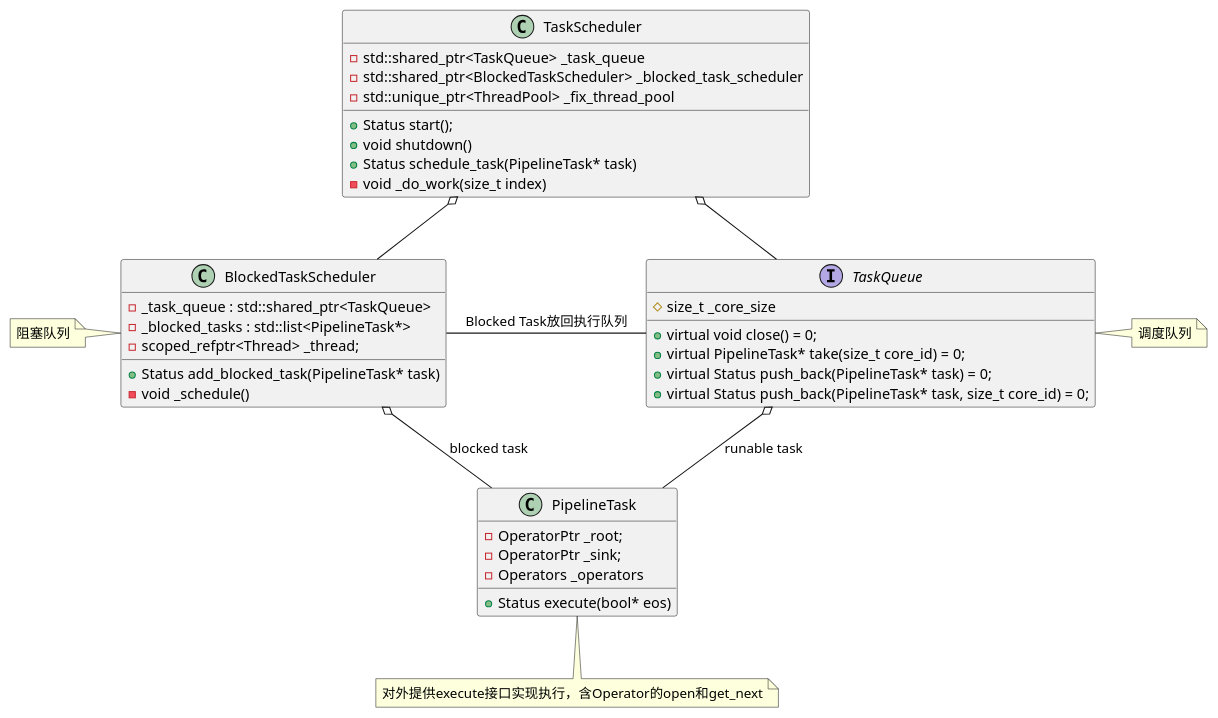
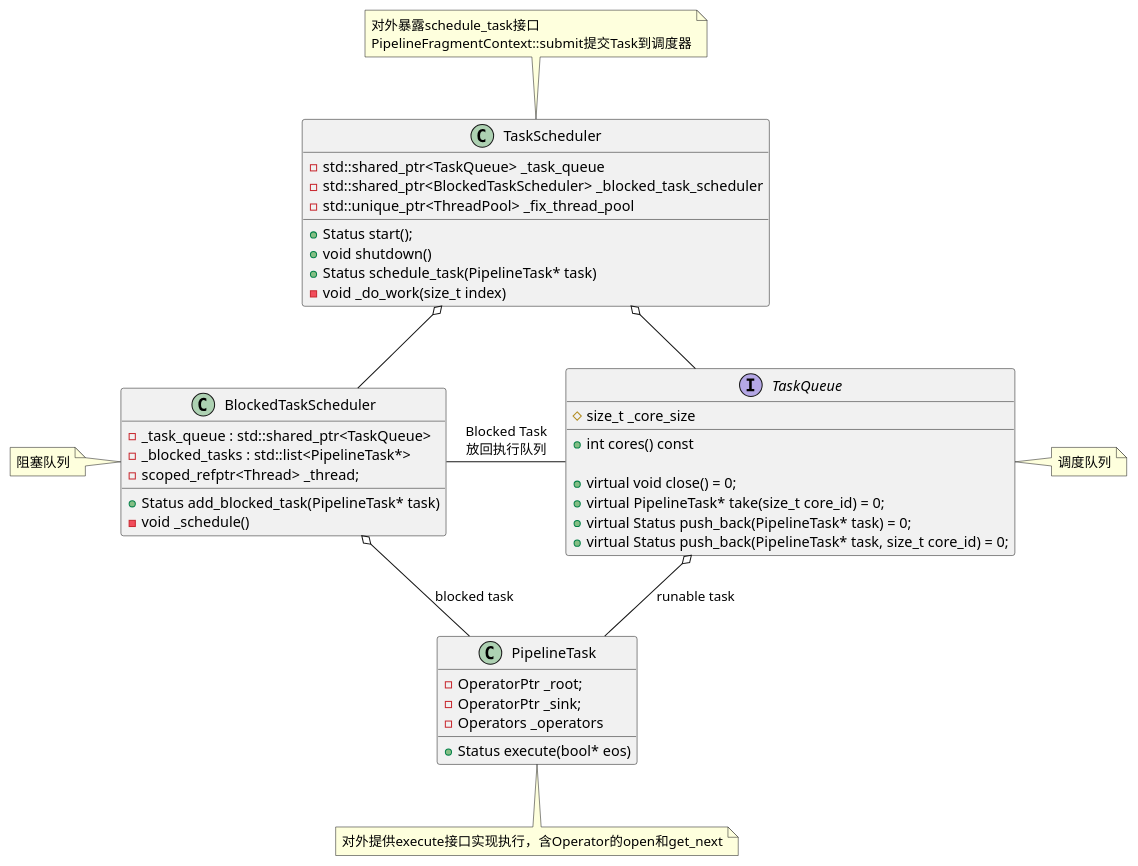
Before and after one commit to DepInjoy/geektime: the first of 11 diagrams in doc/DB/Doris/SourceRead/11_03_Exec_Pipeline_TaskSchedule.md, drawn with PlantUML. The commit also changed other lines of this file, not shown here.

Commit message:
Doris Pipeline

````diff
--- a/doc/DB/Doris/SourceRead/11_03_Exec_Pipeline_TaskSchedule.md
+++ b/doc/DB/Doris/SourceRead/11_03_Exec_Pipeline_TaskSchedule.md
@@ -39,49 +40,51 @@
 ```plantuml
 @startuml
 class TaskScheduler {
  - std::shared_ptr<TaskQueue> _task_queue
  - std::shared_ptr<BlockedTaskScheduler> _blocked_task_scheduler
  - std::unique_ptr<ThreadPool> _fix_thread_pool
 
  + Status start();
  + void shutdown()
  + Status schedule_task(PipelineTask* task)
  - void _do_work(size_t index)
 }
-
+note top : 对外暴露schedule_task接口\nPipelineFragmentContext::submit提交Task到调度器
 
 interface TaskQueue {
     # size_t _core_size
+
+    + int cores() const
 
     + virtual void close() = 0;
     + virtual PipelineTask* take(size_t core_id) = 0;
     + virtual Status push_back(PipelineTask* task) = 0;
     + virtual Status push_back(PipelineTask* task, size_t core_id) = 0;
 }
 note right: 调度队列
 
 class BlockedTaskScheduler {
     - _task_queue : std::shared_ptr<TaskQueue>
     - _blocked_tasks : std::list<PipelineTask*>
     - scoped_refptr<Thread> _thread;
     + Status add_blocked_task(PipelineTask* task)
     - void _schedule()
 }
 note left : 阻塞队列
 
 class PipelineTask {
     - OperatorPtr _root;
     - OperatorPtr _sink;
     - Operators _operators
     + Status execute(bool* eos)
 }
 note bottom : 对外提供execute接口实现执行，含Operator的open和get_next 
 
 TaskQueue -up-o TaskScheduler
 BlockedTaskScheduler -up-o TaskScheduler
-TaskQueue -left-- BlockedTaskScheduler : Blocked Task放回执行队列
+TaskQueue -left-- BlockedTaskScheduler : Blocked Task\n放回执行队列
 
 PipelineTask -up-o BlockedTaskScheduler : blocked task
 PipelineTask -up-o TaskQueue : runable task
 @enduml
 ```
````
